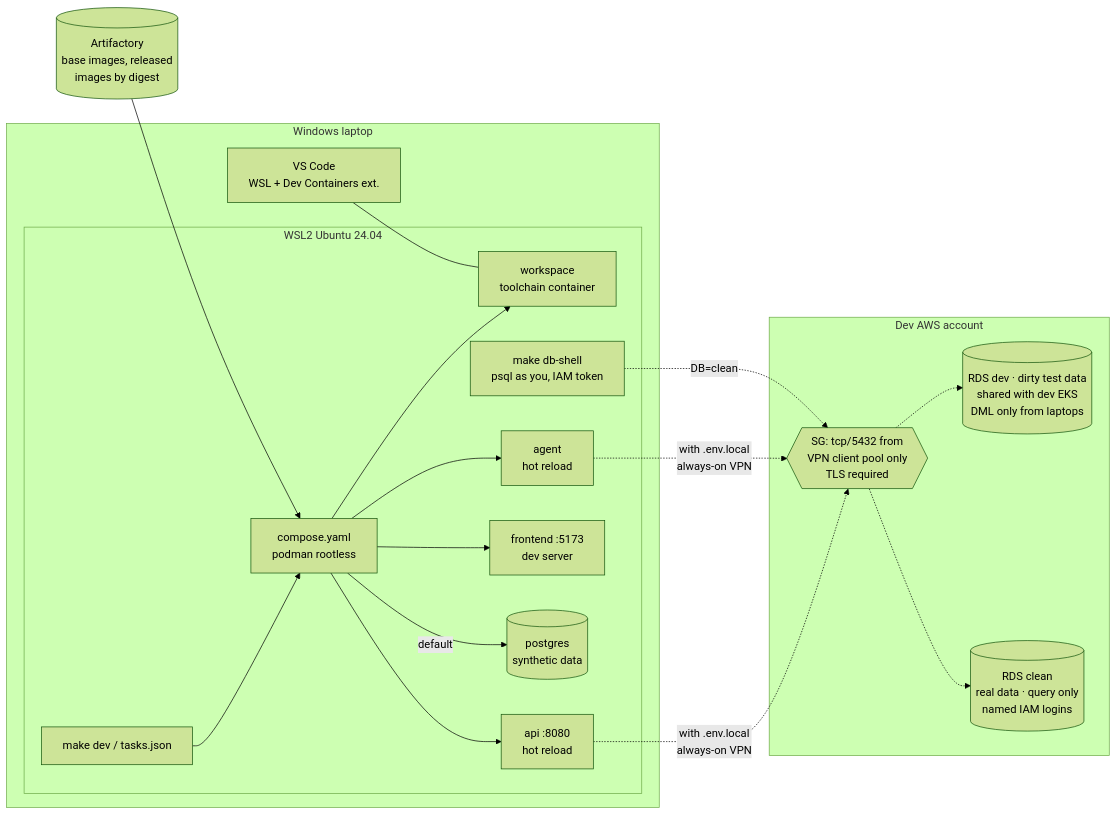
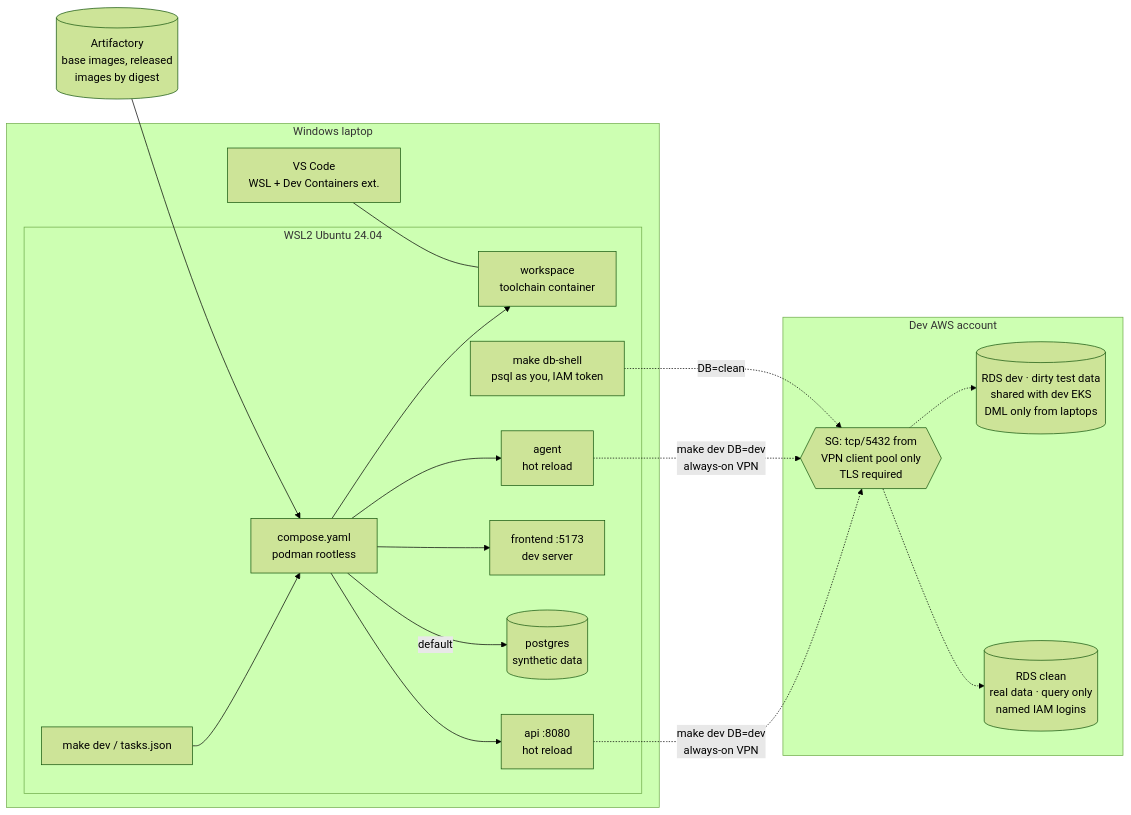
The diagram in docs/proposal/local-development.md (sholtomaud/GHES-EKS-zero-downtime-deployments), drawn with Mermaid (forest theme) before and after one commit. The commit also changed other lines of this file and 2 other files, not shown here.

First line of the commit message:
Local dev proposal: no file for RDS creds; .env.local for local DB only

````diff
--- a/docs/proposal/local-development.md
+++ b/docs/proposal/local-development.md
@@ -62,24 +68,24 @@
 ```mermaid
 flowchart LR
   subgraph win[Windows laptop]
     vsc[VS Code<br/>WSL + Dev Containers ext.]
     subgraph wsl[WSL2 Ubuntu 24.04]
       make[make dev / tasks.json] --> compose[compose.yaml<br/>podman rootless]
       compose --> ws[workspace<br/>toolchain container]
       compose --> api[api :8080<br/>hot reload]
       compose --> agent[agent<br/>hot reload]
       compose --> fe[frontend :5173<br/>dev server]
       compose -->|default| pg[(postgres<br/>synthetic data)]
       shell[make db-shell<br/>psql as you, IAM token]
     end
     vsc --- ws
   end
   subgraph aws[Dev AWS account]
     sg{{SG: tcp/5432 from<br/>VPN client pool only<br/>TLS required}}
     dev[(RDS dev · dirty test data<br/>shared with dev EKS<br/>DML only from laptops)]
     clean[(RDS clean<br/>real data · query only<br/>named IAM logins)]
   end
-  api & agent -.->|with .env.local<br/>always-on VPN| sg -.-> dev
+  api & agent -.->|make dev DB=dev<br/>always-on VPN| sg -.-> dev
   shell -.->|DB=clean| sg -.-> clean
   art[(Artifactory<br/>base images, released<br/>images by digest)] --> compose
 ```
````
